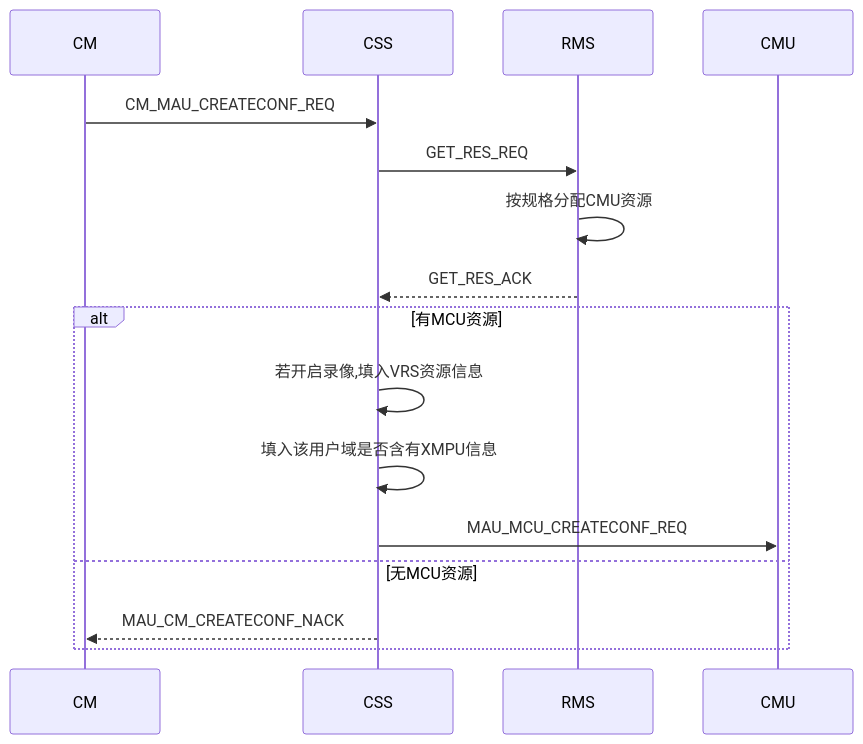
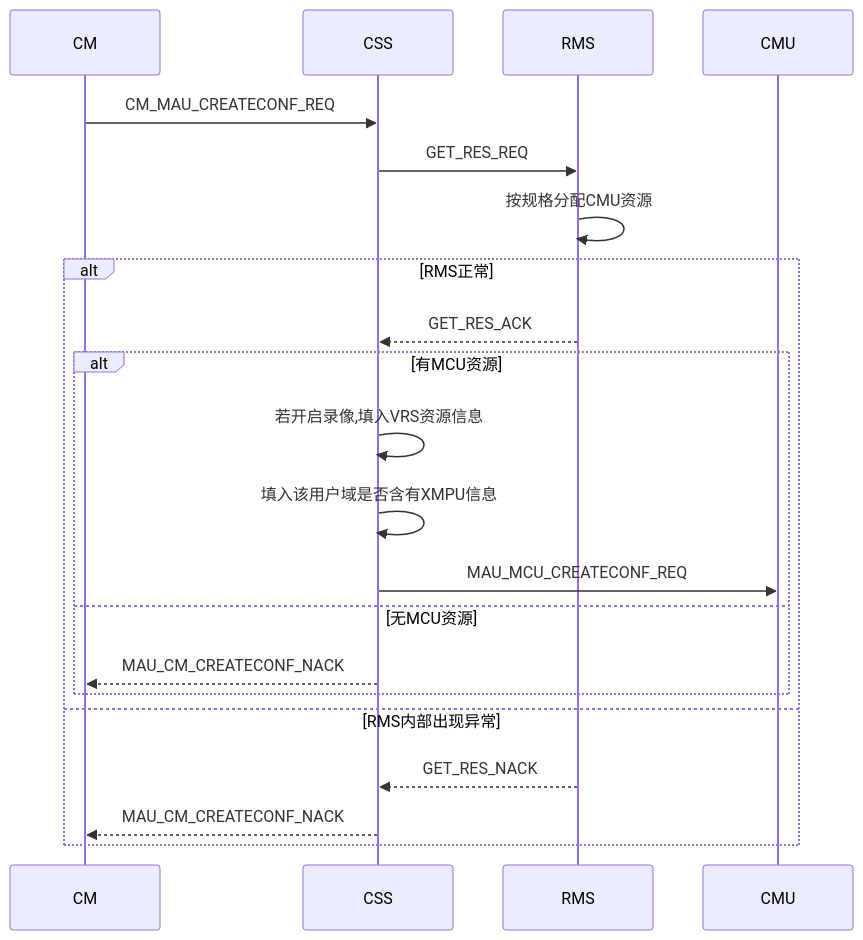
Before and after one commit to github188/w_doc: the first of 6 diagrams in x需求_/5.1sp4css/5.1sp4css概要设计.md, drawn with Mermaid. The commit also changed other lines of this file and 2 other files, not shown here.

````diff
--- a/x需求_/5.1sp4css/5.1sp4css概要设计.md
+++ b/x需求_/5.1sp4css/5.1sp4css概要设计.md
@@ -13,14 +13,19 @@
 ```mermaid
 sequenceDiagram
 CM->>CSS: CM_MAU_CREATECONF_REQ
 CSS->>RMS: GET_RES_REQ
 RMS->>RMS: 按规格分配CMU资源
-RMS-->>CSS: GET_RES_ACK
-alt 有MCU资源
-CSS->>CSS: 若开启录像,填入VRS资源信息
-CSS->>CSS: 填入该用户域是否含有XMPU信息
-CSS->>CMU: MAU_MCU_CREATECONF_REQ
-else 无MCU资源
-CSS-->>CM: MAU_CM_CREATECONF_NACK
+alt RMS正常
+	RMS-->>CSS: GET_RES_ACK
+	alt 有MCU资源
+	CSS->>CSS: 若开启录像,填入VRS资源信息
+	CSS->>CSS: 填入该用户域是否含有XMPU信息
+	CSS->>CMU: MAU_MCU_CREATECONF_REQ
+	else 无MCU资源
+	CSS-->>CM: MAU_CM_CREATECONF_NACK
+	end
+else RMS内部出现异常
+	RMS-->>CSS: GET_RES_NACK
+	CSS-->>CM: MAU_CM_CREATECONF_NACK
 end
 ```
````
